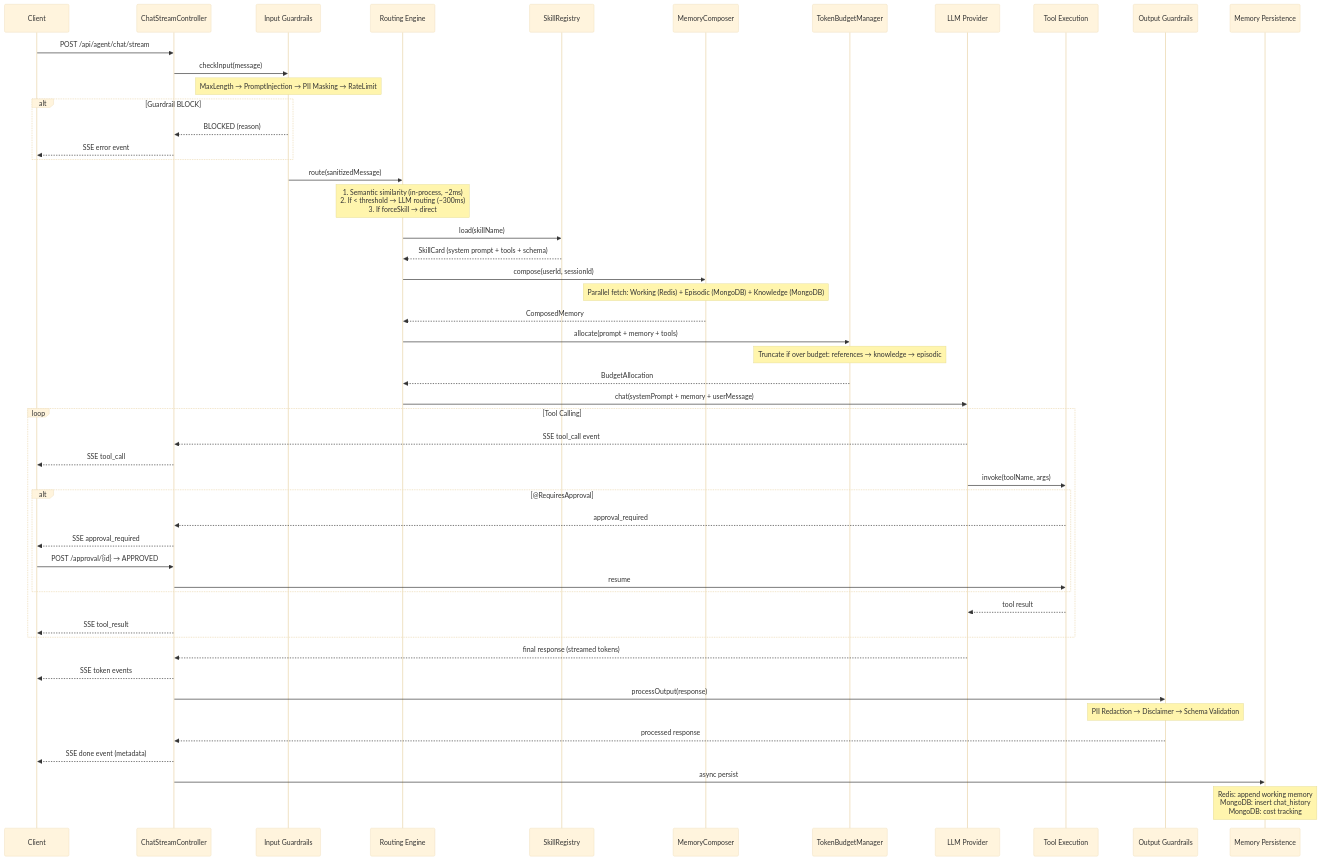
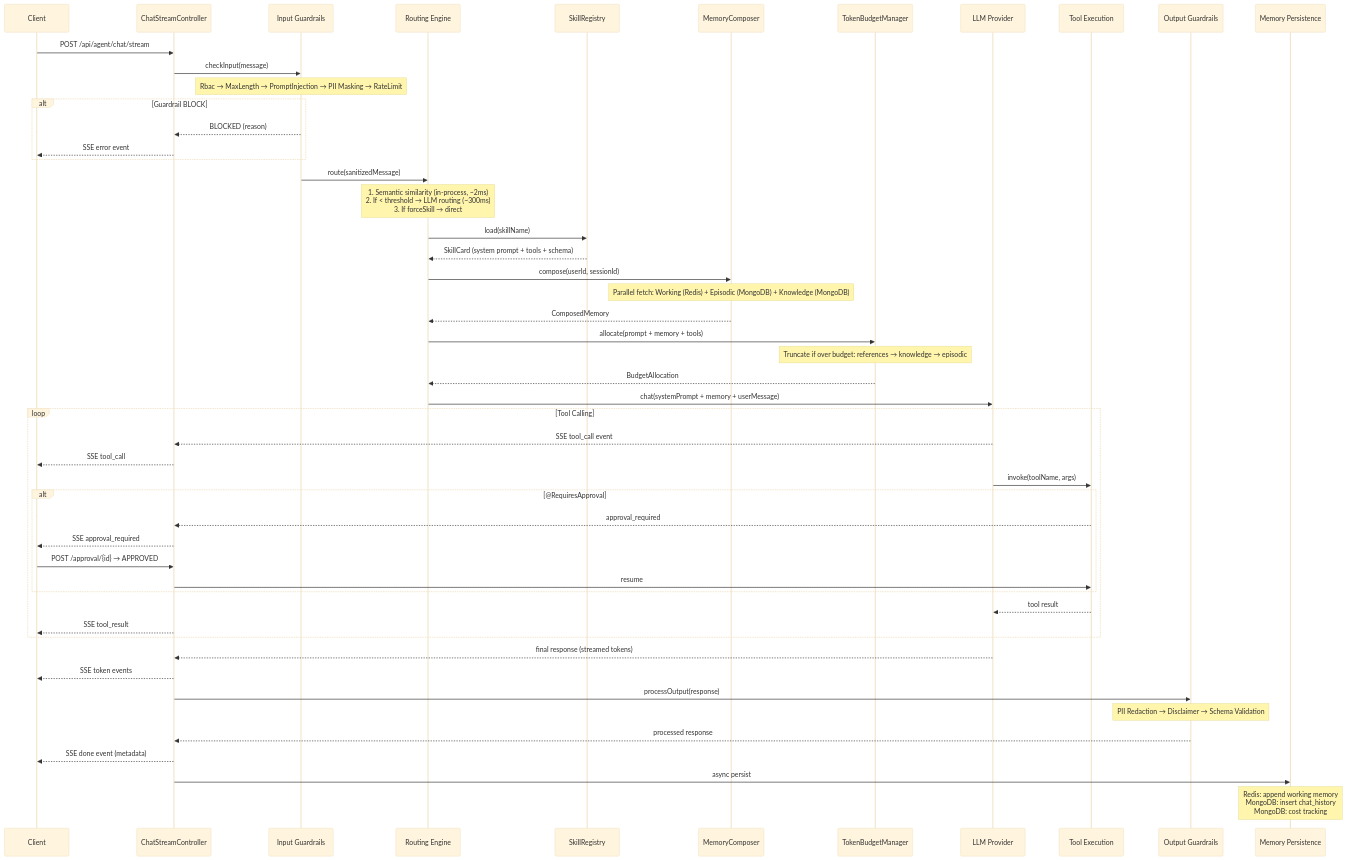
The first of 8 diagrams in docs/architecture-diagrams.md (GiskardB/gargantua), drawn with Mermaid (base theme) before and after one commit. The commit also changed other lines of this file, not shown here.

First line of the commit message:
docs: update architecture diagrams for A2A and Audit

````diff
--- a/docs/architecture-diagrams.md
+++ b/docs/architecture-diagrams.md
@@ -5,69 +5,69 @@
 ```mermaid
 sequenceDiagram
     participant Client
     participant Controller as ChatStreamController
     participant Guard_In as Input Guardrails
     participant Router as Routing Engine
     participant Registry as SkillRegistry
     participant Memory as MemoryComposer
     participant Budget as TokenBudgetManager
     participant LLM as LLM Provider
     participant Tools as Tool Execution
     participant Guard_Out as Output Guardrails
     participant Persist as Memory Persistence
 
     Client->>Controller: POST /api/agent/chat/stream
     Controller->>Guard_In: checkInput(message)
 
-    Note over Guard_In: MaxLength → PromptInjection → PII Masking → RateLimit
+    Note over Guard_In: Rbac → MaxLength → PromptInjection → PII Masking → RateLimit
 
     alt Guardrail BLOCK
         Guard_In-->>Controller: BLOCKED (reason)
         Controller-->>Client: SSE error event
     end
 
     Guard_In->>Router: route(sanitizedMessage)
 
     Note over Router: 1. Semantic similarity (in-process, ~2ms)<br/>2. If < threshold → LLM routing (~300ms)<br/>3. If forceSkill → direct
 
     Router->>Registry: load(skillName)
     Registry-->>Router: SkillCard (system prompt + tools + schema)
 
     Router->>Memory: compose(userId, sessionId)
     Note over Memory: Parallel fetch: Working (Redis) + Episodic (MongoDB) + Knowledge (MongoDB)
     Memory-->>Router: ComposedMemory
 
     Router->>Budget: allocate(prompt + memory + tools)
     Note over Budget: Truncate if over budget: references → knowledge → episodic
     Budget-->>Router: BudgetAllocation
 
     Router->>LLM: chat(systemPrompt + memory + userMessage)
 
     loop Tool Calling
         LLM-->>Controller: SSE tool_call event
         Controller-->>Client: SSE tool_call
         LLM->>Tools: invoke(toolName, args)
 
         alt @RequiresApproval
             Tools-->>Controller: approval_required
             Controller-->>Client: SSE approval_required
             Client->>Controller: POST /approval/{id} → APPROVED
             Controller->>Tools: resume
         end
 
         Tools-->>LLM: tool result
         Controller-->>Client: SSE tool_result
     end
 
     LLM-->>Controller: final response (streamed tokens)
     Controller-->>Client: SSE token events
 
     Controller->>Guard_Out: processOutput(response)
     Note over Guard_Out: PII Redaction → Disclaimer → Schema Validation
     Guard_Out-->>Controller: processed response
 
     Controller-->>Client: SSE done event (metadata)
 
     Controller->>Persist: async persist
     Note over Persist: Redis: append working memory<br/>MongoDB: insert chat_history<br/>MongoDB: cost tracking
 ```
````
